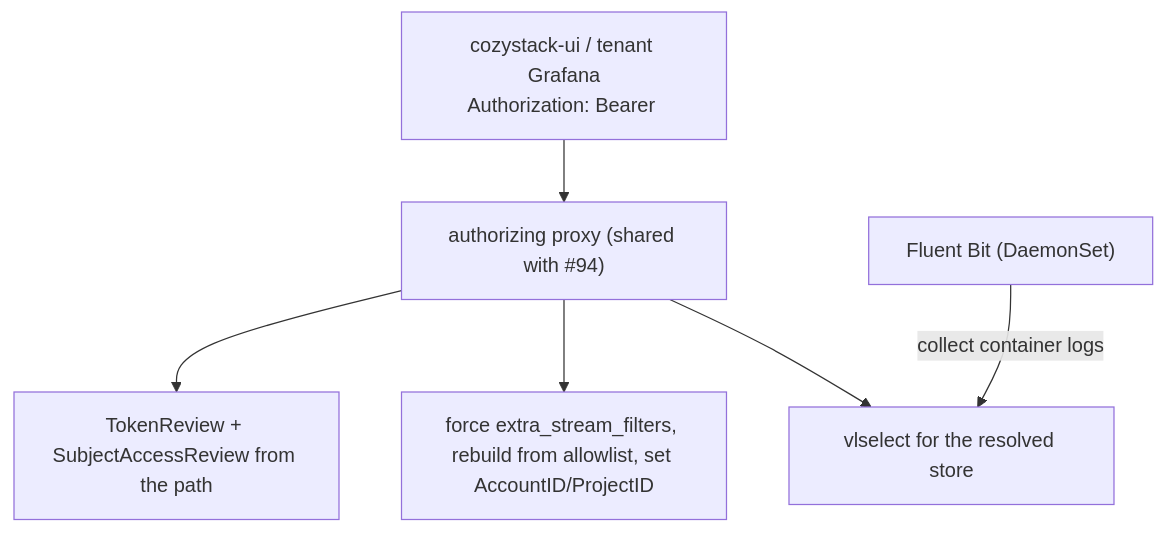
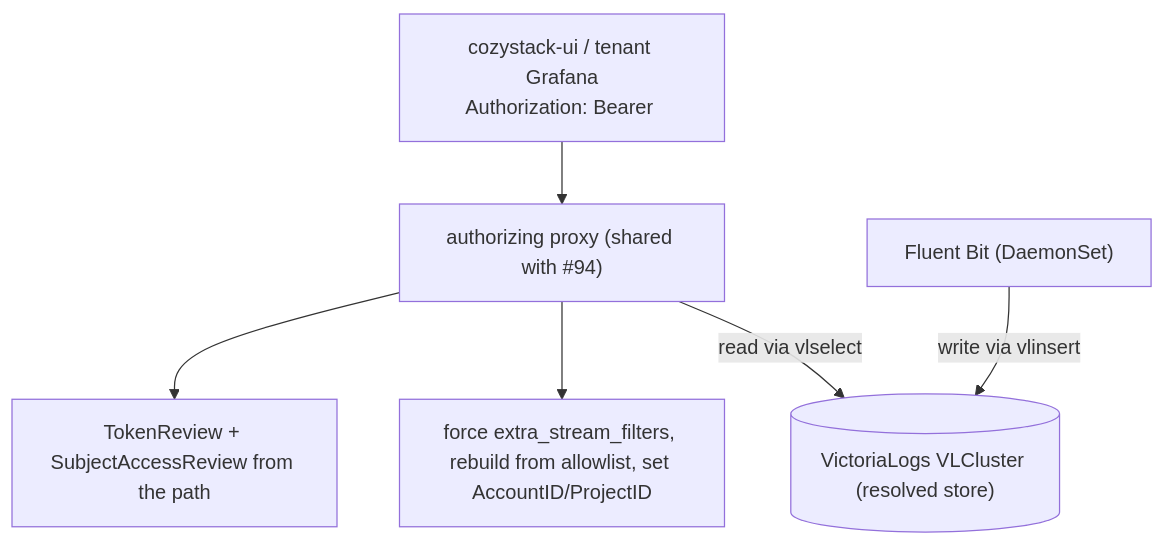
One commit to cozystack/community changed the diagram in design-proposals/tenant-application-logs/README.md. Above: the diagram before and after it, drawn with Mermaid.

Commit message:
docs(tenant-application-logs): correct the Fluent Bit write path in the diagram
Fluent Bit writes via vlinsert, not vlselect; point both the collector write and the proxy read at the VLCluster store node.

````diff
--- a/design-proposals/tenant-application-logs/README.md
+++ b/design-proposals/tenant-application-logs/README.md
@@ -78,8 +78,8 @@
 ```mermaid
 flowchart TD
   UI["cozystack-ui / tenant Grafana<br/>Authorization: Bearer <same kube token>"] --> P["authorizing proxy (shared with #94)"]
   P --> T["TokenReview + SubjectAccessReview from the path"]
   P --> R["force extra_stream_filters, rebuild from allowlist, set AccountID/ProjectID"]
-  P --> VLS["vlselect for the resolved store"]
-  FB["Fluent Bit (DaemonSet)"] -->|"collect container logs"| VLS
+  P -->|"read via vlselect"| VLS[("VictoriaLogs VLCluster (resolved store)")]
+  FB["Fluent Bit (DaemonSet)"] -->|"write via vlinsert"| VLS
 ```
````
